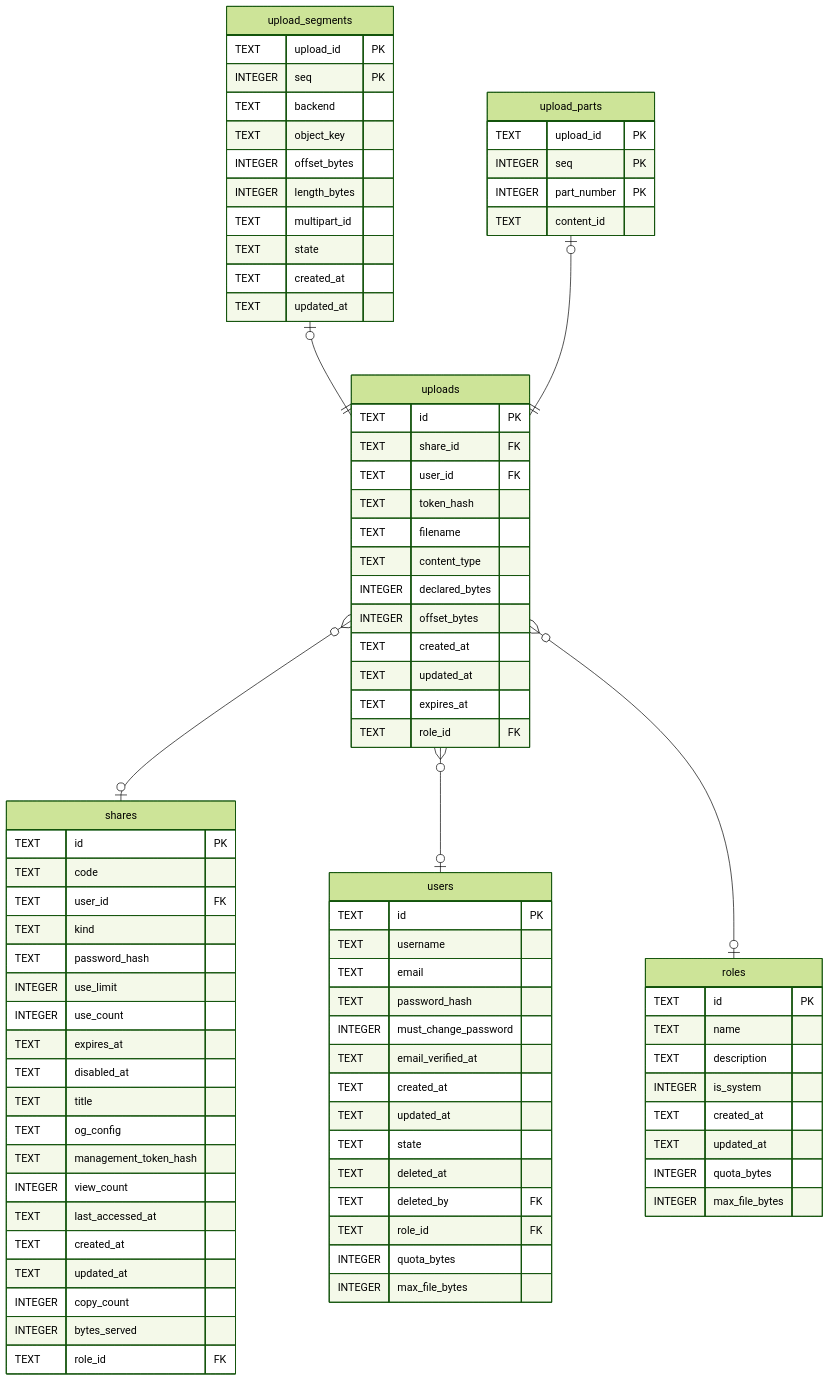
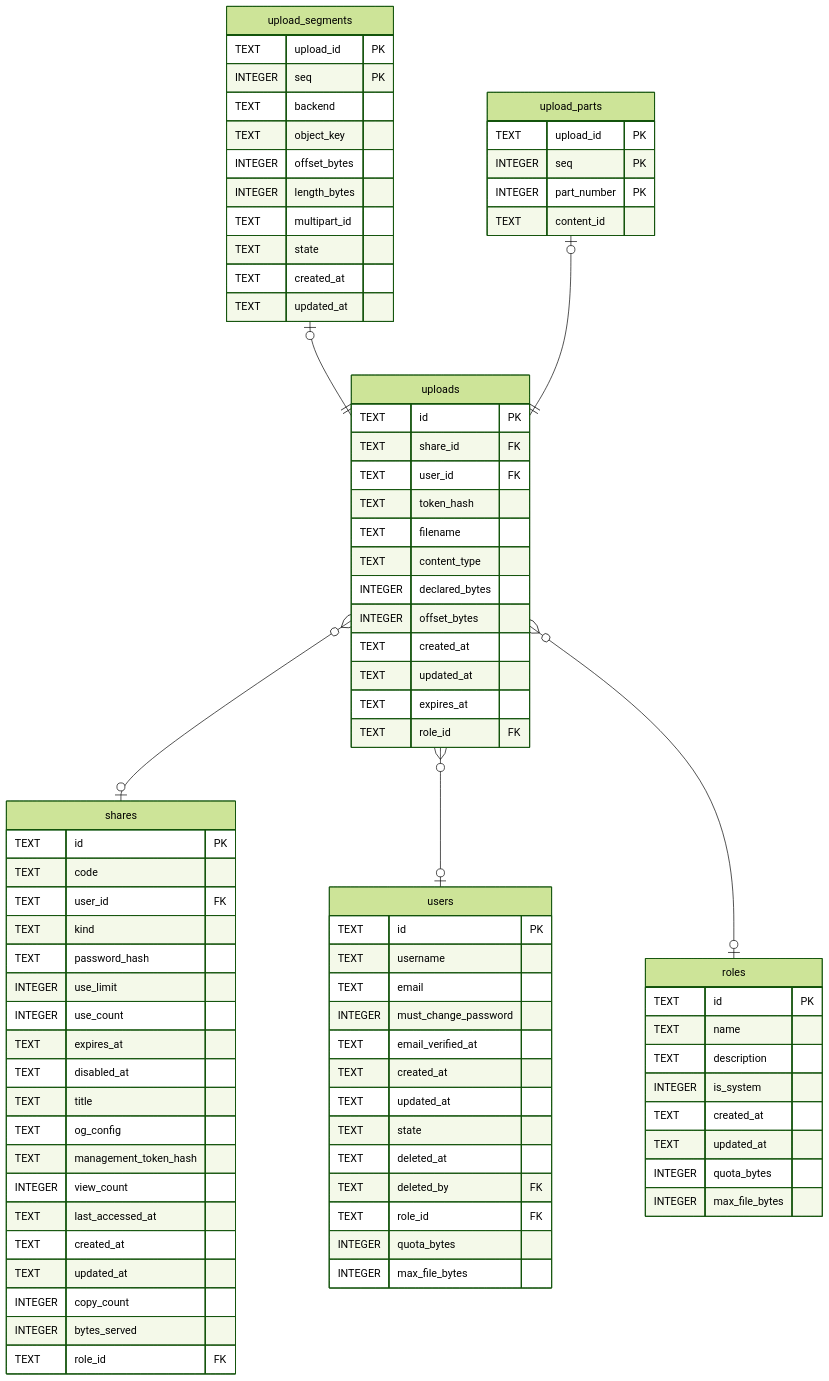
The diagram in docs/schema/uploads.md (Limatura/tessera), drawn with Mermaid (forest theme) before and after one commit. The commit also changed 29 other files, not shown here.

First line of the commit message:
feat(auth): OIDC 的 schema (#230)

```diff
--- a/docs/schema/uploads.md
+++ b/docs/schema/uploads.md
@@ -135,7 +135,6 @@
   TEXT id PK
   TEXT username
   TEXT email
-  TEXT password_hash
   INTEGER must_change_password
   TEXT email_verified_at
   TEXT created_at
```
